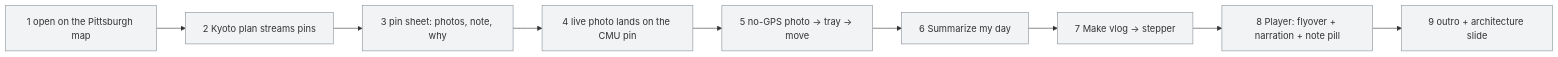
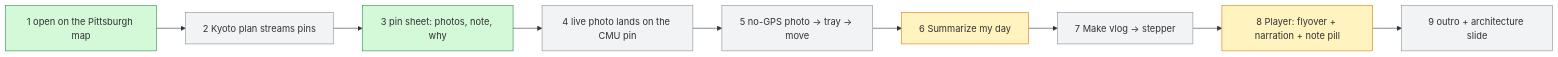
The second of 2 diagrams in docs/PLAN.md (nicolelyu021/HackCMU_2026), drawn with Mermaid before and after one commit. The commit also changed other lines of this file and 12 other files, not shown here.

````diff
--- a/docs/PLAN.md
+++ b/docs/PLAN.md
@@ -77,11 +77,11 @@
 ```mermaid
 flowchart LR
   classDef ok fill:#d3f9d8,stroke:#2b8a3e
   classDef flaky fill:#fff3bf,stroke:#e67700
   classDef broken fill:#ffe3e3,stroke:#c92a2a
   classDef todo fill:#f1f3f5,stroke:#868e96
 
-  R1["1 open on the Pittsburgh map"]:::todo --> R2["2 Kyoto plan streams pins"]:::todo --> R3["3 pin sheet: photos, note, why"]:::todo
-  R3 --> R4["4 live photo lands on the CMU pin"]:::todo --> R5["5 no-GPS photo → tray → move"]:::todo --> R6["6 Summarize my day"]:::todo
-  R6 --> R7["7 Make vlog → stepper"]:::todo --> R8["8 Player: flyover + narration + note pill"]:::todo --> R9["9 outro + architecture slide"]:::todo
+  R1["1 open on the Pittsburgh map"]:::ok --> R2["2 Kyoto plan streams pins"]:::todo --> R3["3 pin sheet: photos, note, why"]:::ok
+  R3 --> R4["4 live photo lands on the CMU pin"]:::todo --> R5["5 no-GPS photo → tray → move"]:::todo --> R6["6 Summarize my day"]:::flaky
+  R6 --> R7["7 Make vlog → stepper"]:::todo --> R8["8 Player: flyover + narration + note pill"]:::flaky --> R9["9 outro + architecture slide"]:::todo
 ```
````
